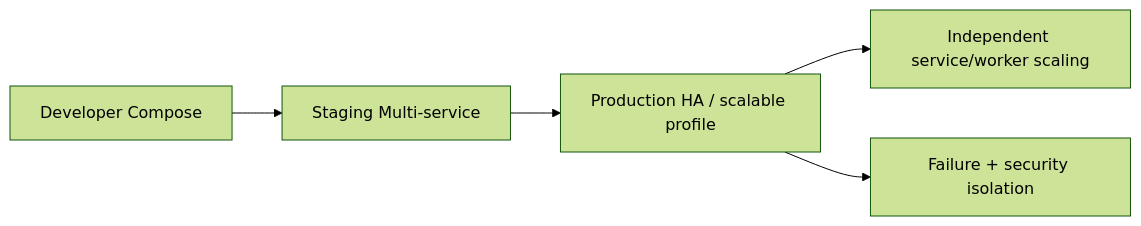
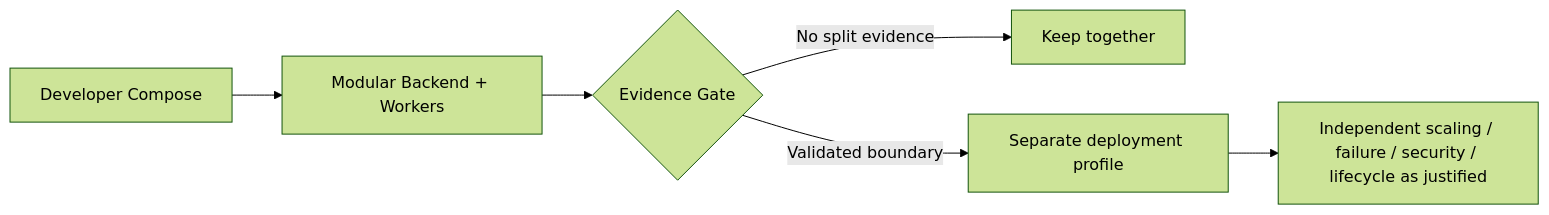
The tenth of 14 diagrams in docs/architecture/architecture-views.md (ProfessorZhi/Zuno), drawn with Mermaid (forest theme) before and after one commit. The commit also changed other lines of this file and 14 other files, not shown here.

Commit message:
docs: revise overall architecture after round 01

````diff
--- a/docs/architecture/architecture-views.md
+++ b/docs/architecture/architecture-views.md
@@ -162,7 +161,8 @@
 ```mermaid
 flowchart LR
-  DEV[Developer Compose] --> STAGE[Staging Multi-service]
-  STAGE --> PROD[Production HA / scalable profile]
-  PROD --> SCALE[Independent service/worker scaling]
-  PROD --> ISOLATE[Failure + security isolation]
+  DEV[Developer Compose] --> BASE[Modular Backend + Workers]
+  BASE --> GATE{Evidence Gate}
+  GATE -->|No split evidence| KEEP[Keep together]
+  GATE -->|Validated boundary| DEPLOY[Separate deployment profile]
+  DEPLOY --> SCALE[Independent scaling / failure / security / lifecycle as justified]
 ```
````
